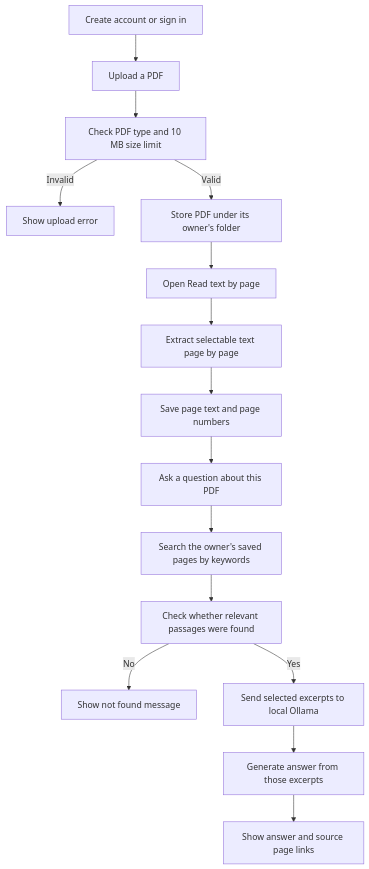
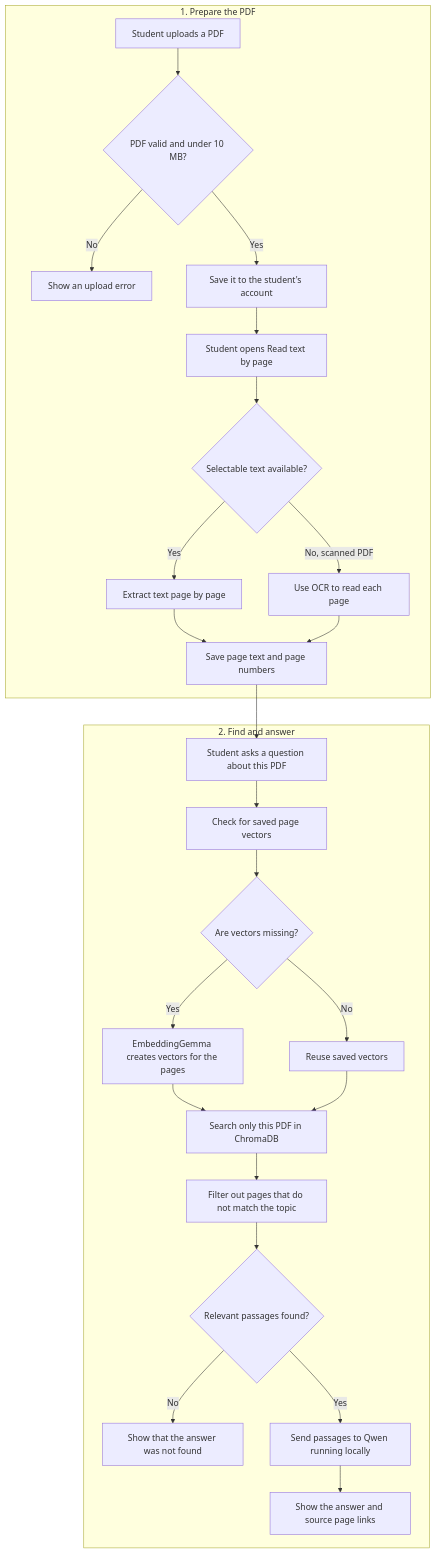
The diagram in docs/flowchart.md (kevinbakraniya2-ship-it/docs-ai), drawn with Mermaid before and after one commit. The commit also changed other lines of this file and 1 other file, not shown here.

Commit message:
Improve README and project flowchart

````diff
--- a/docs/flowchart.md
+++ b/docs/flowchart.md
@@ -5,17 +5,30 @@
 ```mermaid
 flowchart TD
-    A[Create account or sign in] --> B[Upload a PDF]
-    B --> C[Check PDF type and 10 MB size limit]
-    C -- Invalid --> D[Show upload error]
-    C -- Valid --> E[Store PDF under its owner's folder]
-    E --> F[Open Read text by page]
-    F --> G[Extract selectable text page by page]
-    G --> H[Save page text and page numbers]
-    H --> I[Ask a question about this PDF]
-    I --> J[Search the owner's saved pages by keywords]
-    J --> K[Check whether relevant passages were found]
-    K -- No --> L[Show not found message]
-    K -- Yes --> M[Send selected excerpts to local Ollama]
-    M --> N[Generate answer from those excerpts]
-    N --> O[Show answer and source page links]
+    subgraph Prepare[1. Prepare the PDF]
+        A[Student uploads a PDF] --> B{PDF valid and under 10 MB?}
+        B -- No --> C[Show an upload error]
+        B -- Yes --> D[Save it to the student's account]
+        D --> E[Student opens Read text by page]
+        E --> F{Selectable text available?}
+        F -- Yes --> G[Extract text page by page]
+        F -- No, scanned PDF --> H[Use OCR to read each page]
+        G --> I[Save page text and page numbers]
+        H --> I
+    end
+
+    subgraph Question[2. Find and answer]
+        J[Student asks a question about this PDF] --> K[Check for saved page vectors]
+        K --> L{Are vectors missing?}
+        L -- Yes --> M[EmbeddingGemma creates vectors for the pages]
+        L -- No --> N[Reuse saved vectors]
+        M --> O[Search only this PDF in ChromaDB]
+        N --> O
+        O --> P[Filter out pages that do not match the topic]
+        P --> Q{Relevant passages found?}
+        Q -- No --> R[Show that the answer was not found]
+        Q -- Yes --> S[Send passages to Qwen running locally]
+        S --> T[Show the answer and source page links]
+    end
+
+    I --> J
 ```
````
